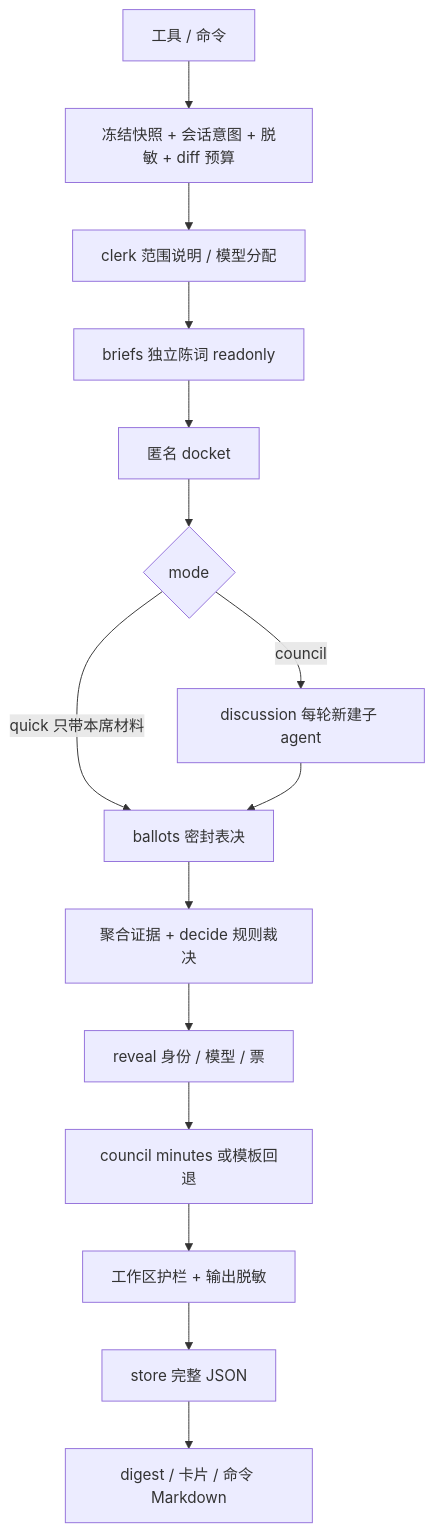
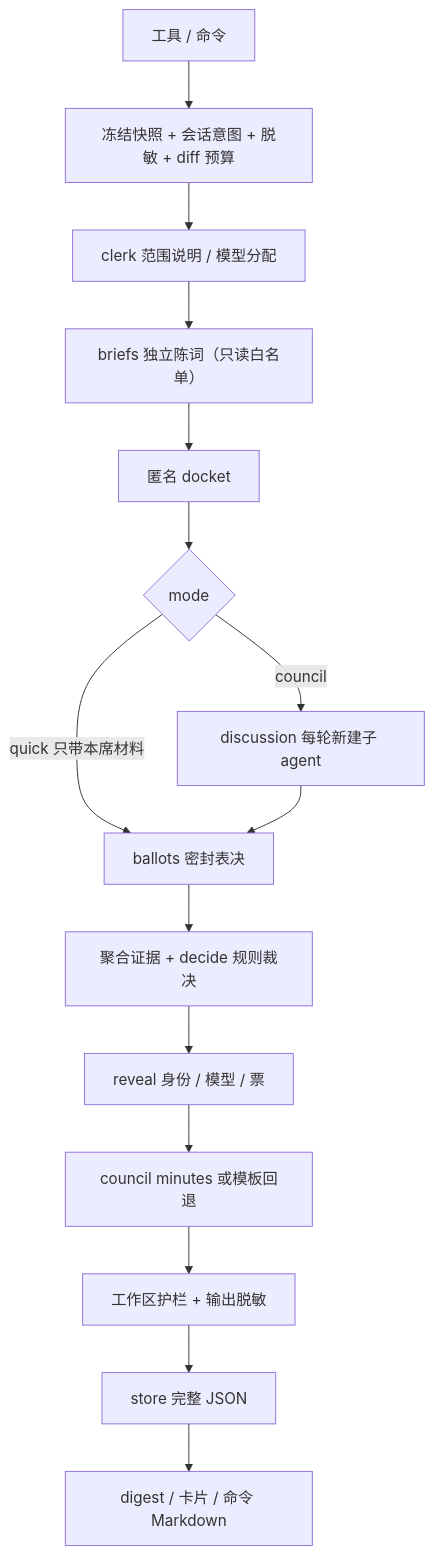
Before and after one commit to 0xaskr/magi-review: the diagram in docs/implementation-notes.md, drawn with Mermaid. The commit also changed other lines of this file and 22 other files, not shown here.

````diff
--- a/docs/implementation-notes.md
+++ b/docs/implementation-notes.md
@@ -22,17 +22,17 @@
 ```mermaid
 flowchart TD
   E[工具 / 命令] --> S[冻结快照 + 会话意图 + 脱敏 + diff 预算]
   S --> C[clerk 范围说明 / 模型分配]
-  C --> B[briefs 独立陈词 readonly]
+  C --> B[briefs 独立陈词（只读白名单）]
   B --> D[匿名 docket]
   D --> M{mode}
   M -->|council| X[discussion 每轮新建子 agent]
   M -->|quick 只带本席材料| V[ballots 密封表决]
   X --> V
   V --> P[聚合证据 + decide 规则裁决]
   P --> R[reveal 身份 / 模型 / 票]
   R --> N[council minutes 或模板回退]
   N --> G[工作区护栏 + 输出脱敏]
   G --> T[store 完整 JSON]
   T --> O[digest / 卡片 / 命令 Markdown]
 ```
````
